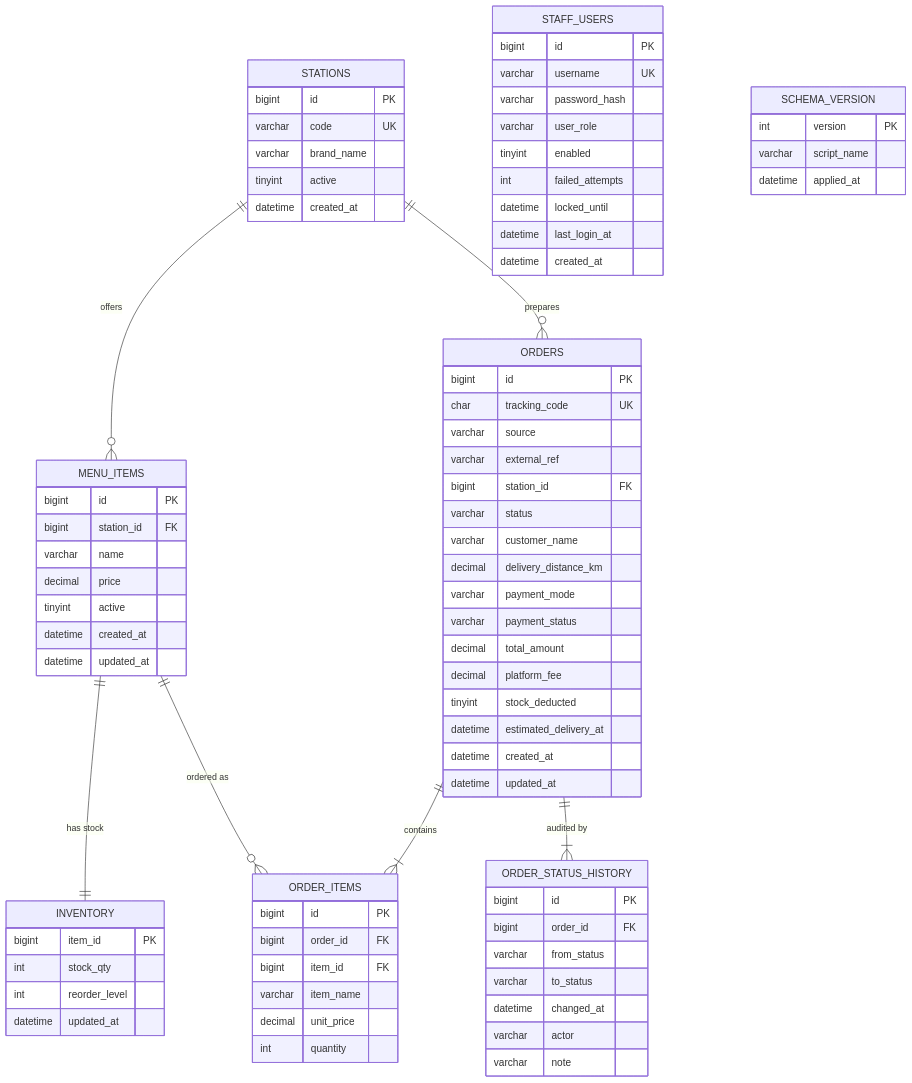
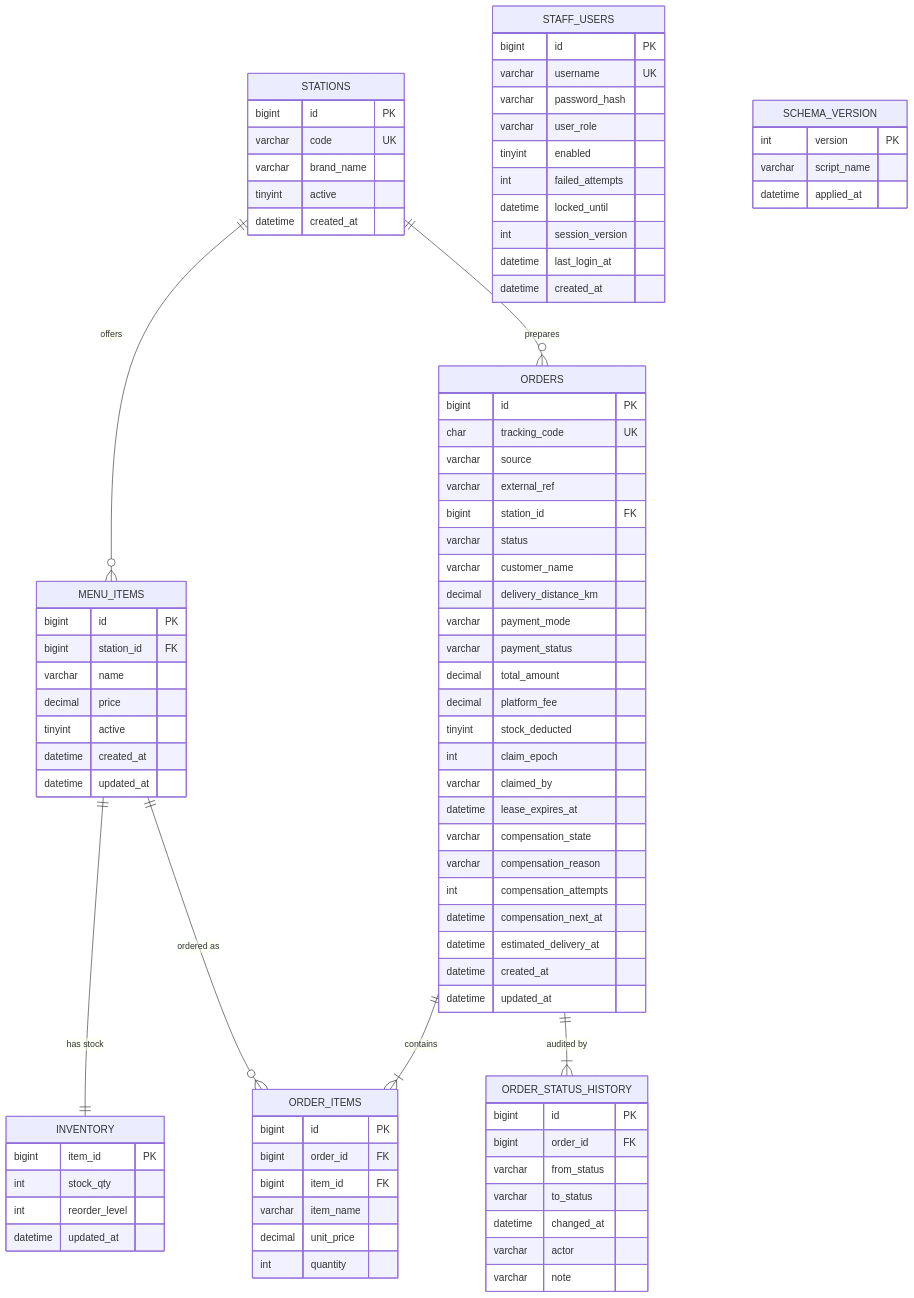
The diagram in docs/DATABASE_DESIGN.md (AlwinJose-9811/CloudKitchenOrchestrationSystem), drawn with Mermaid before and after one commit. The commit also changed other lines of this file and 8 other files, not shown here.

First line of the commit message:
docs: finalize cloud kitchen architecture and requirements

```diff
--- a/docs/DATABASE_DESIGN.md
+++ b/docs/DATABASE_DESIGN.md
@@ -71,6 +72,13 @@
         decimal total_amount
         decimal platform_fee
         tinyint stock_deducted
+        int claim_epoch
+        varchar claimed_by
+        datetime lease_expires_at
+        varchar compensation_state
+        varchar compensation_reason
+        int compensation_attempts
+        datetime compensation_next_at
         datetime estimated_delivery_at
         datetime created_at
         datetime updated_at
@@ -100,6 +108,7 @@
         tinyint enabled
         int failed_attempts
         datetime locked_until
+        int session_version
         datetime last_login_at
         datetime created_at
     }
```
